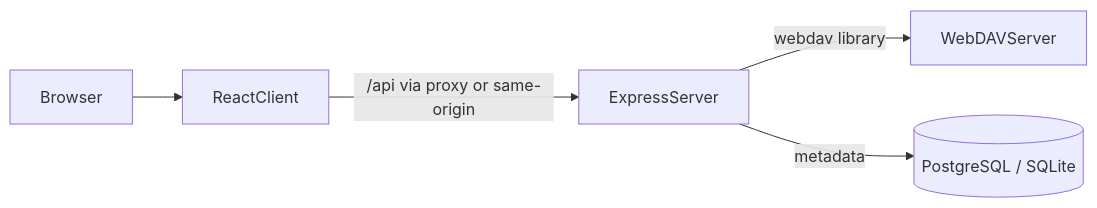
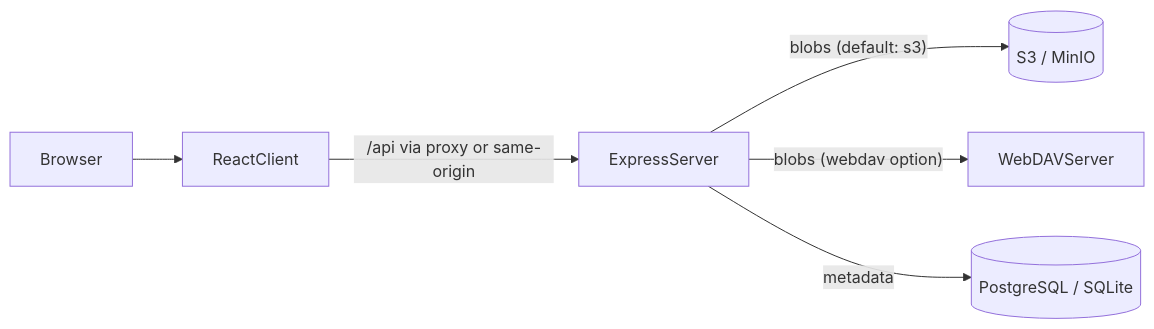
Before and after one commit to rct3232/webdav-easyaccess: the diagram in README.md, drawn with Mermaid. The commit also changed other lines of this file and 4 other files, not shown here.

````diff
--- a/README.md
+++ b/README.md
@@ -25,7 +25,8 @@
 ```mermaid
 flowchart LR
   Browser --> ReactClient
   ReactClient -->|"/api via proxy or same-origin"| ExpressServer
-  ExpressServer -->|"webdav library"| WebDAVServer
+  ExpressServer -->|"blobs (default: s3)"| S3[(S3 / MinIO)]
+  ExpressServer -->|"blobs (webdav option)"| WebDAVServer
   ExpressServer -->|"metadata"| MetadataDB[(PostgreSQL / SQLite)]
 ```
````
